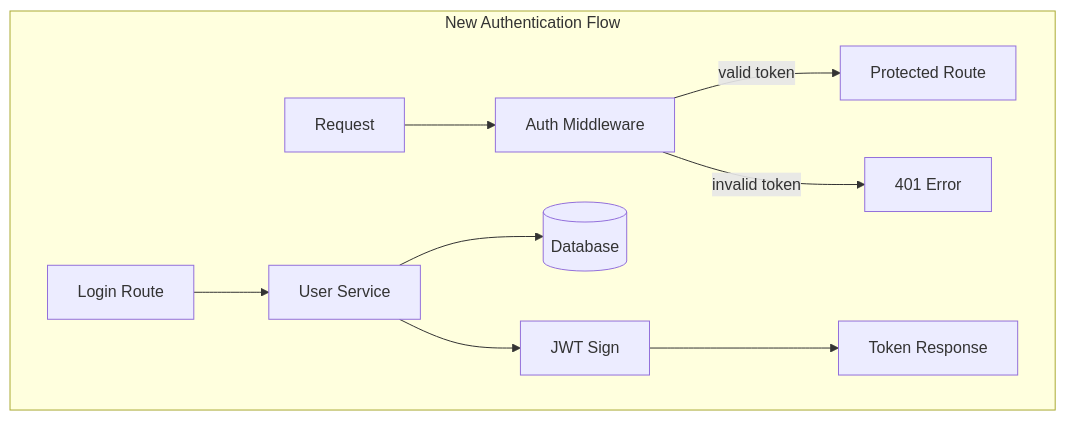
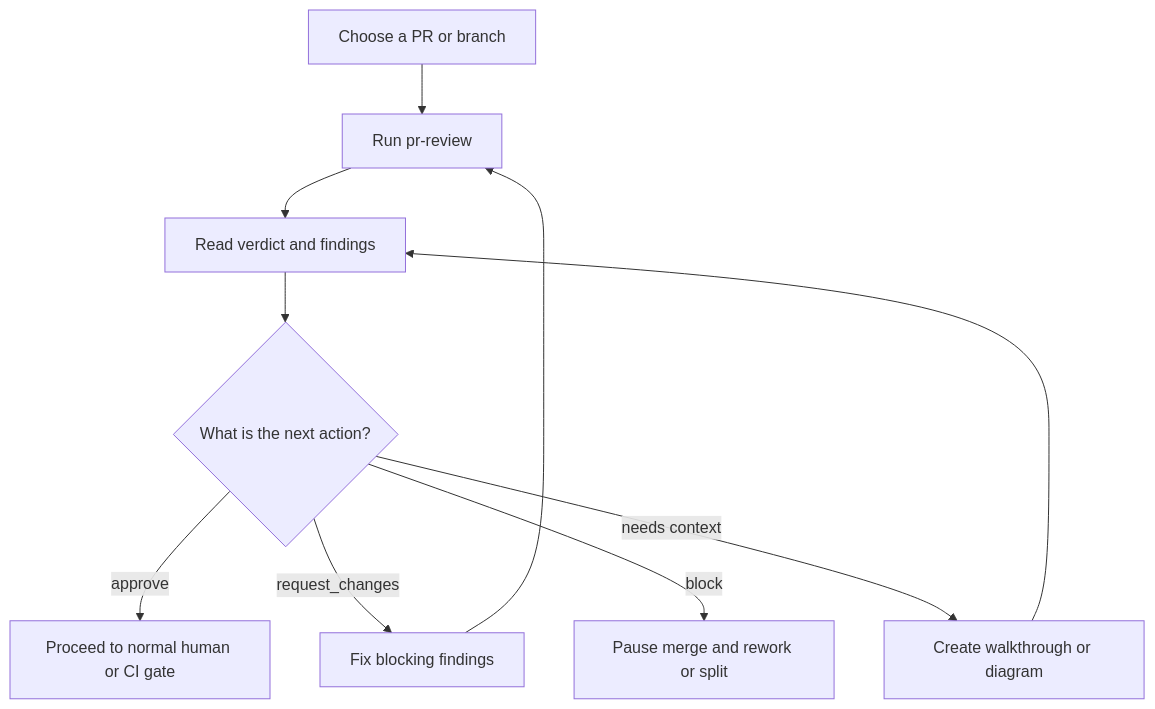
The first of 4 diagrams in docs/guides/pr-review.md (rp1-run/rp1), drawn with Mermaid before and after one commit. The commit also changed other lines of this file and 41 other files, not shown here.

````diff
--- a/docs/guides/pr-review.md
+++ b/docs/guides/pr-review.md
@@ -305,13 +30,12 @@
 ```mermaid
 flowchart TB
-    subgraph "New Authentication Flow"
-        REQ[Request] --> MW[Auth Middleware]
-        MW --> |valid token| ROUTE[Protected Route]
-        MW --> |invalid token| ERR[401 Error]
-
-        LOGIN[Login Route] --> SVC[User Service]
-        SVC --> DB[(Database)]
-        SVC --> JWT[JWT Sign]
-        JWT --> RES[Token Response]
-    end
+    START[Choose a PR or branch] --> REVIEW[Run pr-review]
+    REVIEW --> READ[Read verdict and findings]
+    READ --> DECIDE{What is the next action?}
+    DECIDE -->|approve| PROCEED[Proceed to normal human or CI gate]
+    DECIDE -->|request_changes| FIX[Fix blocking findings]
+    DECIDE -->|block| PAUSE[Pause merge and rework or split]
+    DECIDE -->|needs context| ORIENT[Create walkthrough or diagram]
+    FIX --> REVIEW
+    ORIENT --> READ
 ```
````
